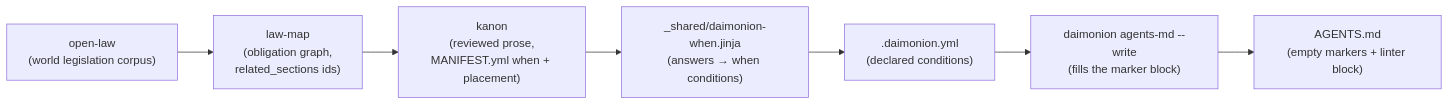
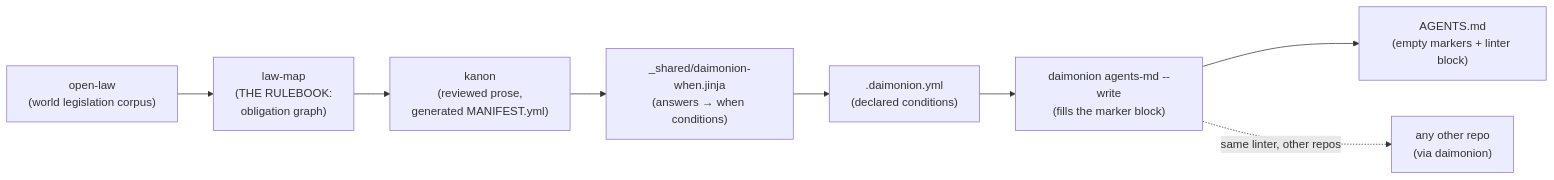
The third of 4 diagrams in docs/explanations/flows.md (kasi-x/python-copier-template), drawn with Mermaid before and after one commit. The commit also changed other lines of this file and 1 other file, not shown here.

````diff
--- a/docs/explanations/flows.md
+++ b/docs/explanations/flows.md
@@ -66,9 +71,10 @@
 ```mermaid
 flowchart LR
-    OL["open-law<br/>(world legislation corpus)"] --> LM["law-map<br/>(obligation graph,<br/>related_sections ids)"]
-    LM --> CX["kanon<br/>(reviewed prose,<br/>MANIFEST.yml when + placement)"]
+    OL["open-law<br/>(world legislation corpus)"] --> LM["law-map<br/>(THE RULEBOOK:<br/>obligation graph)"]
+    LM --> CX["kanon<br/>(reviewed prose,<br/>generated MANIFEST.yml)"]
     CX --> DW["_shared/daimonion-when.jinja<br/>(answers → when conditions)"]
     DW --> DC[".daimonion.yml<br/>(declared conditions)"]
     DC --> AM["daimonion agents-md --write<br/>(fills the marker block)"]
     AM --> AG["AGENTS.md<br/>(empty markers + linter block)"]
+    AM -.->|"same linter, other repos"| OTHER["any other repo<br/>(via daimonion)"]
 ```
````
